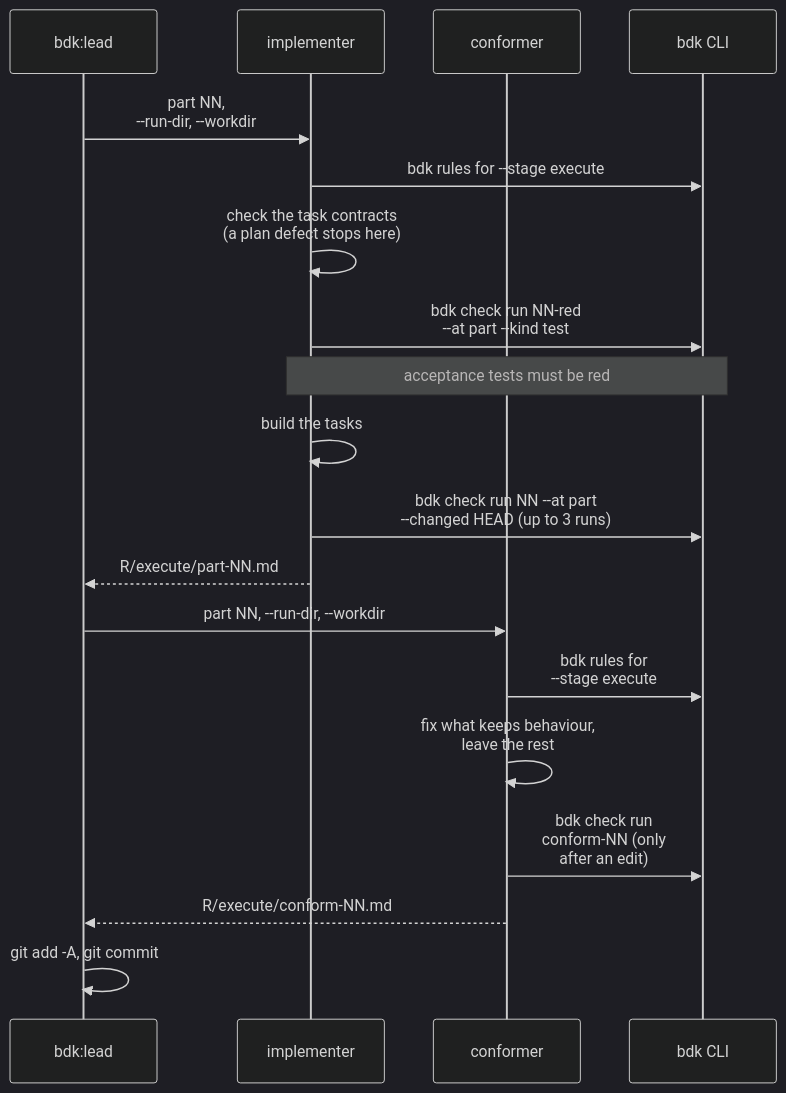
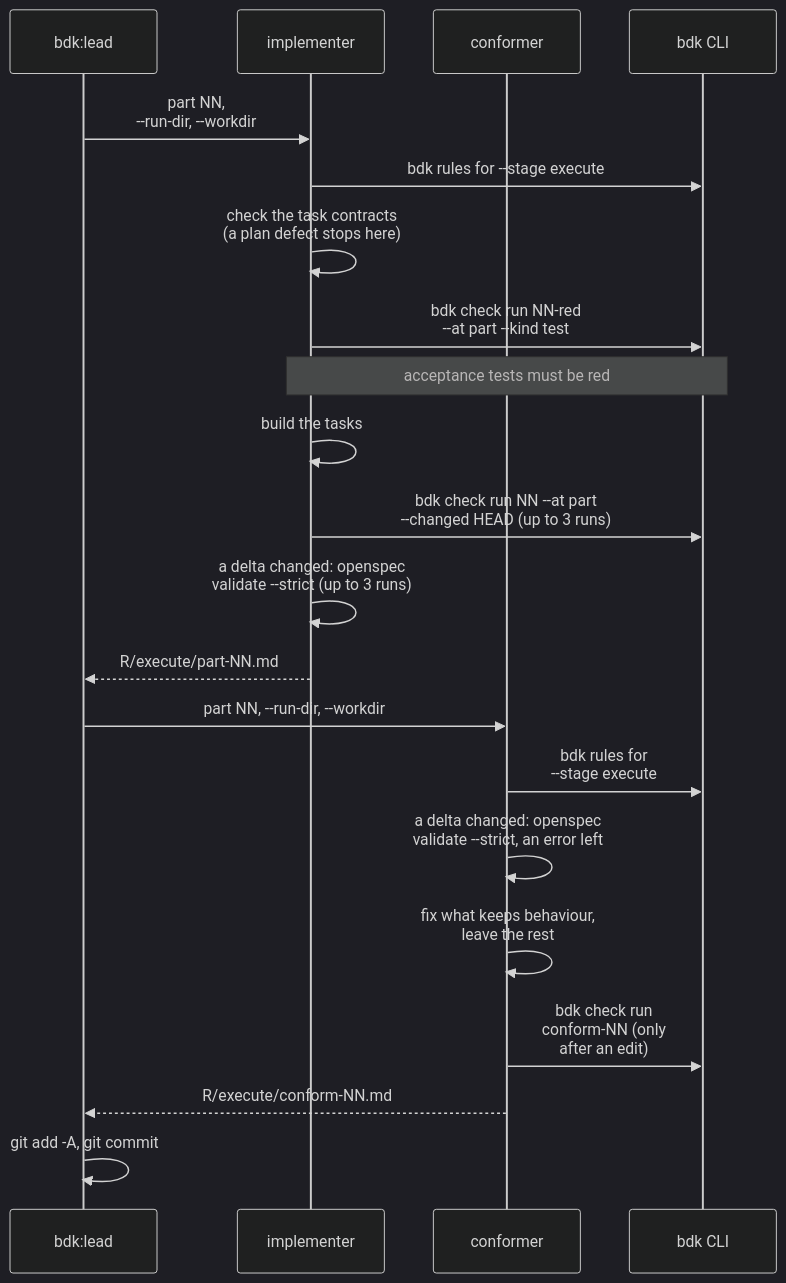
Before and after one commit to broneq/bdk: the ninth of 16 diagrams in docs/concepts/orchestrators.md, drawn with Mermaid (dark theme). The commit also changed other lines of this file and 29 other files, not shown here.

````diff
--- a/docs/concepts/orchestrators.md
+++ b/docs/concepts/orchestrators.md
@@ -182,21 +184,23 @@
 ```mermaid
 sequenceDiagram
   participant L as bdk:lead
   participant I as implementer
   participant F as conformer
   participant B as bdk CLI
   L->>I: part NN,<br/>--run-dir, --workdir
   I->>B: bdk rules for --stage execute
   I->>I: check the task contracts<br/>(a plan defect stops here)
   I->>B: bdk check run NN-red<br/>--at part --kind test
   Note over I,B: acceptance tests must be red
   I->>I: build the tasks
   I->>B: bdk check run NN --at part<br/>--changed HEAD (up to 3 runs)
+  I->>I: a delta changed: openspec<br/>validate --strict (up to 3 runs)
   I-->>L: R/execute/part-NN.md
   L->>F: part NN, --run-dir, --workdir
   F->>B: bdk rules for<br/>--stage execute
+  F->>F: a delta changed: openspec<br/>validate --strict, an error left
   F->>F: fix what keeps behaviour,<br/>leave the rest
   F->>B: bdk check run<br/>conform-NN (only<br/>after an edit)
   F-->>L: R/execute/conform-NN.md
   L->>L: git add -A, git commit
 ```
````
